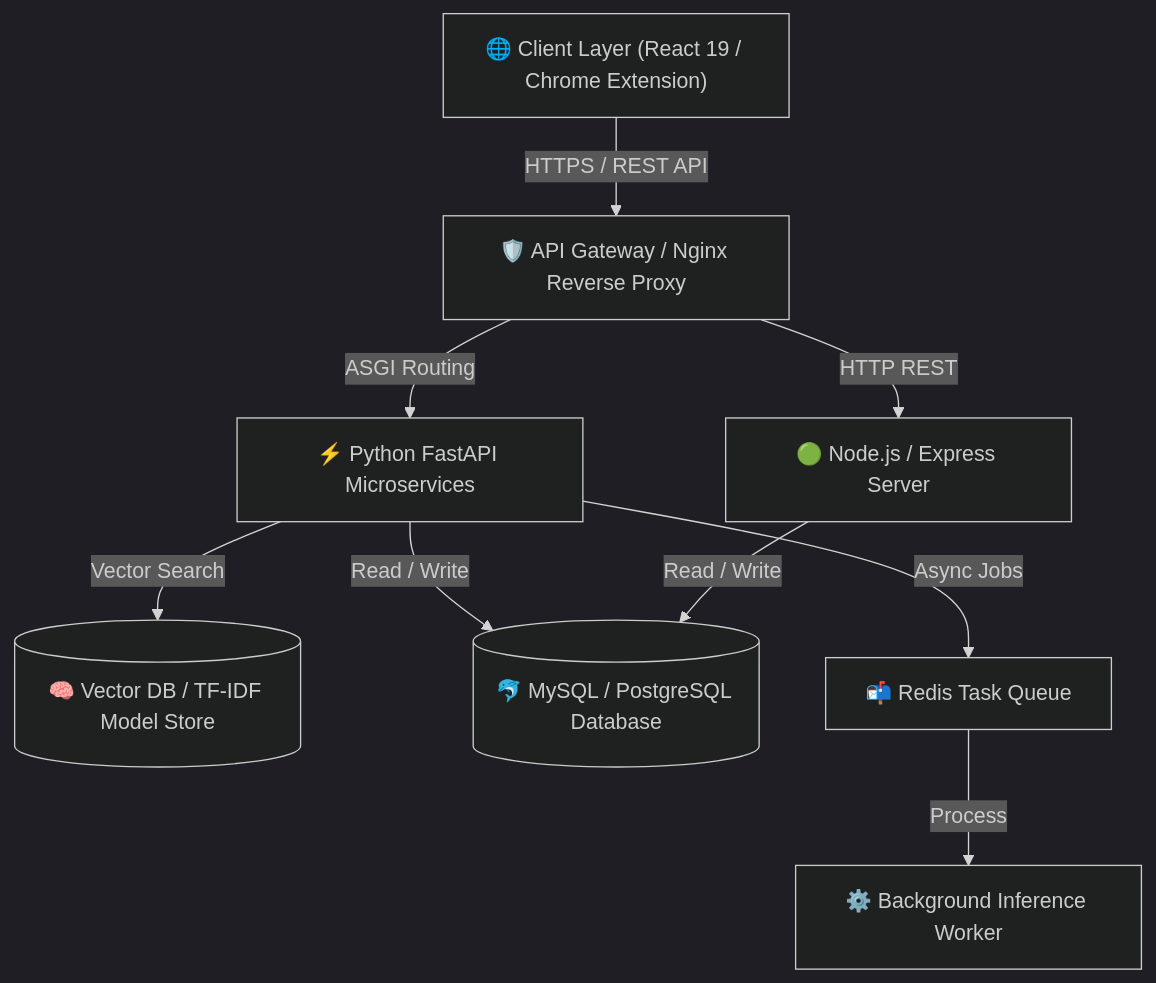
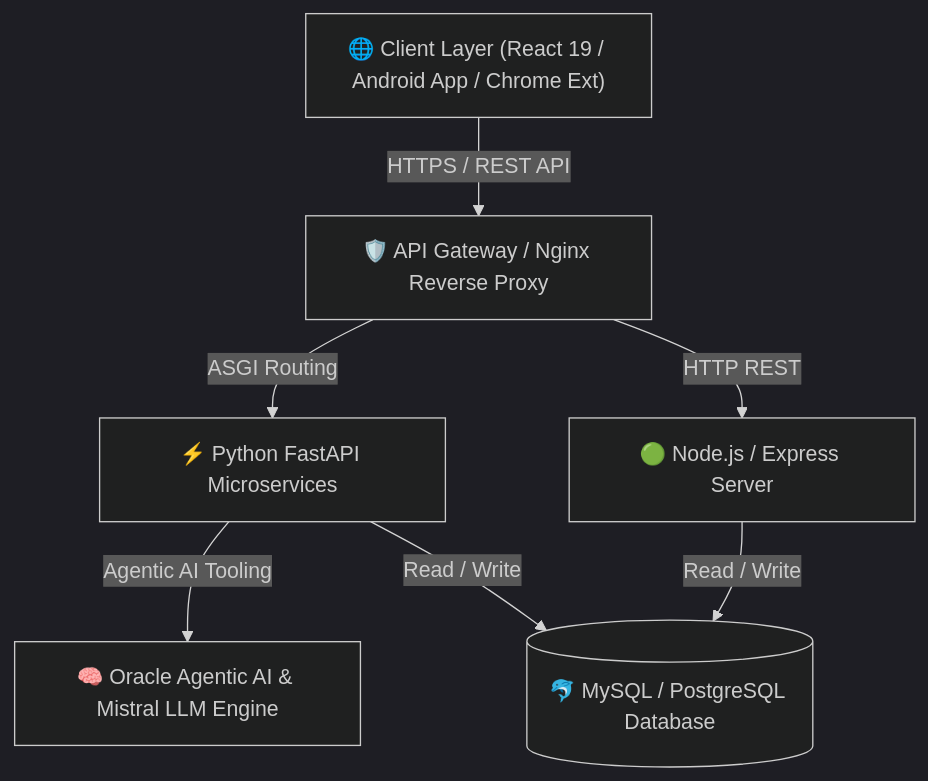
Before and after one commit to prasannapbhurke/prasannapbhurke: the diagram in README.md, drawn with Mermaid (dark theme). The commit also changed other lines of this file and 44 other files, not shown here.

Commit message:
feat: sync verified certs (Oracle Agentic AI, AWS, Android Virtual Intern, Quantum, 48hr C++) across README and portfolio

````diff
--- a/README.md
+++ b/README.md
@@ -423,13 +326,10 @@
 ```mermaid
 flowchart TD
-    Client["🌐 Client Layer (React 19 / Chrome Extension)"] -->|HTTPS / REST API| Gateway["🛡️ API Gateway / Nginx Reverse Proxy"]
+    Client["🌐 Client Layer (React 19 / Android App / Chrome Ext)"] -->|HTTPS / REST API| Gateway["🛡️ API Gateway / Nginx Reverse Proxy"]
     Gateway -->|ASGI Routing| FastAPI["⚡ Python FastAPI Microservices"]
     Gateway -->|HTTP REST| NodeEngine["🟢 Node.js / Express Server"]
     
-    FastAPI -->|Vector Search| VectorDB[("🧠 Vector DB / TF-IDF Model Store")]
+    FastAPI -->|Agentic AI Tooling| OracleAgent["🧠 Oracle Agentic AI & Mistral LLM Engine"]
     FastAPI -->|Read / Write| SQLDB[("🐬 MySQL / PostgreSQL Database")]
     NodeEngine -->|Read / Write| SQLDB
-    
-    FastAPI -->|Async Jobs| Queue["📬 Redis Task Queue"]
-    Queue -->|Process| Worker["⚙️ Background Inference Worker"]
 ```
````
